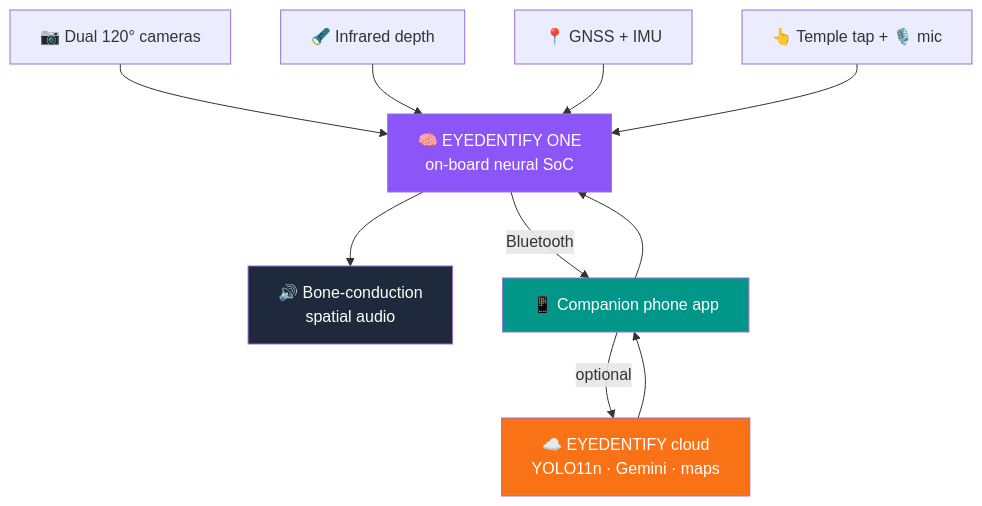
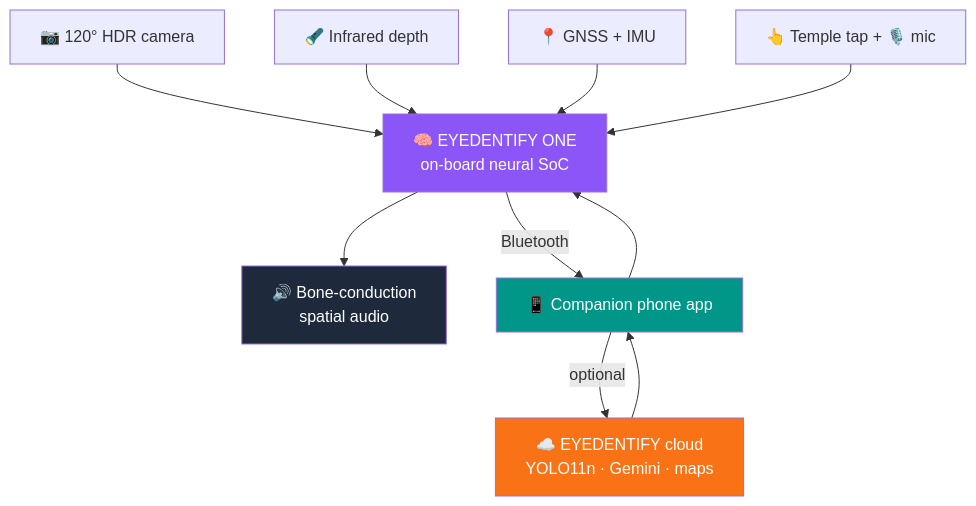
Before and after one commit to TanishAggarwall/eyedentify-dashboard: the first of 2 diagrams in README.md, drawn with Mermaid. The commit also changed other lines of this file and 2 other files, not shown here.

Commit message:
Add system architecture diagram; glasses have a single 120° HDR camera

````diff
--- a/README.md
+++ b/README.md
@@ -76,17 +80,17 @@
 ```mermaid
 flowchart TD
-    C1[📷 Dual 120° cameras] --> SOC
+    C1[📷 120° HDR camera] --> SOC
     C2[🔦 Infrared depth] --> SOC
     C3[📍 GNSS + IMU] --> SOC
     C4[👆 Temple tap + 🎙️ mic] --> SOC
 
     SOC[🧠 EYEDENTIFY ONE<br/>on-board neural SoC] --> OUT[🔊 Bone-conduction<br/>spatial audio]
     SOC -- Bluetooth --> APP[📱 Companion phone app]
     APP -- optional --> CLOUD[☁️ EYEDENTIFY cloud<br/>YOLO11n · Gemini · maps]
     CLOUD --> APP --> SOC
 
     style SOC fill:#8b55f7,color:#fff
     style OUT fill:#1e293b,color:#fff
     style APP fill:#009688,color:#fff
     style CLOUD fill:#f97316,color:#fff
 ```
````
